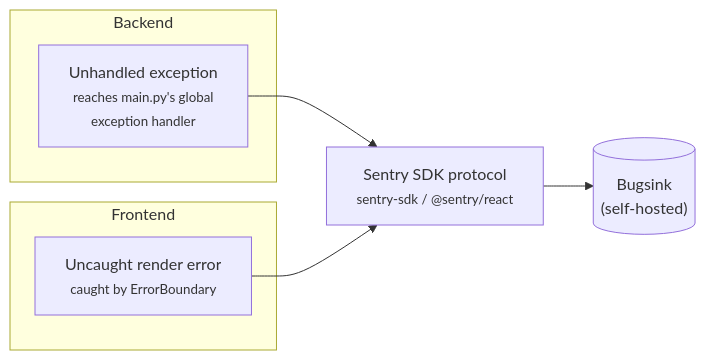
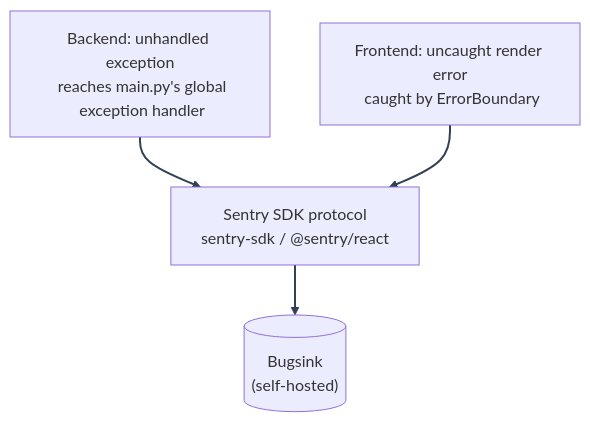
The diagram in docs/mystic_auth/error-monitoring/overview.md (Nachiket-2024/balance_sheet_analysis), drawn with Mermaid before and after one commit. The commit also changed other lines of this file and 1793 other files, not shown here.

````diff
--- a/docs/mystic_auth/error-monitoring/overview.md
+++ b/docs/mystic_auth/error-monitoring/overview.md
@@ -117,14 +264,10 @@
 ```mermaid
-flowchart LR
-    subgraph Backend["Backend"]
-        BErr["Unhandled exception<br/><small>reaches main.py's global<br/>exception handler</small>"]
-    end
-
-    subgraph Frontend["Frontend"]
-        FErr["Uncaught render error<br/><small>caught by ErrorBoundary</small>"]
-    end
-
-    BErr --> SentrySDK["Sentry SDK protocol<br/><small>sentry-sdk / @sentry/react</small>"]
+%%{init: {"themeVariables": {"lineColor": "#334155"}} }%%
+flowchart TD
+    BErr["Backend: unhandled exception\n reaches main.py's global\n exception handler"]
+    FErr["Frontend: uncaught render error\n caught by ErrorBoundary"]
+    BErr --> SentrySDK["Sentry SDK protocol\n sentry-sdk / @sentry/react"]
     FErr --> SentrySDK
-    SentrySDK --> Bugsink[("Bugsink<br/>(self-hosted)")]
+    SentrySDK --> Bugsink[("Bugsink\n (self-hosted)")]
+    linkStyle default stroke:#334155,stroke-width:2px
 ```
````
